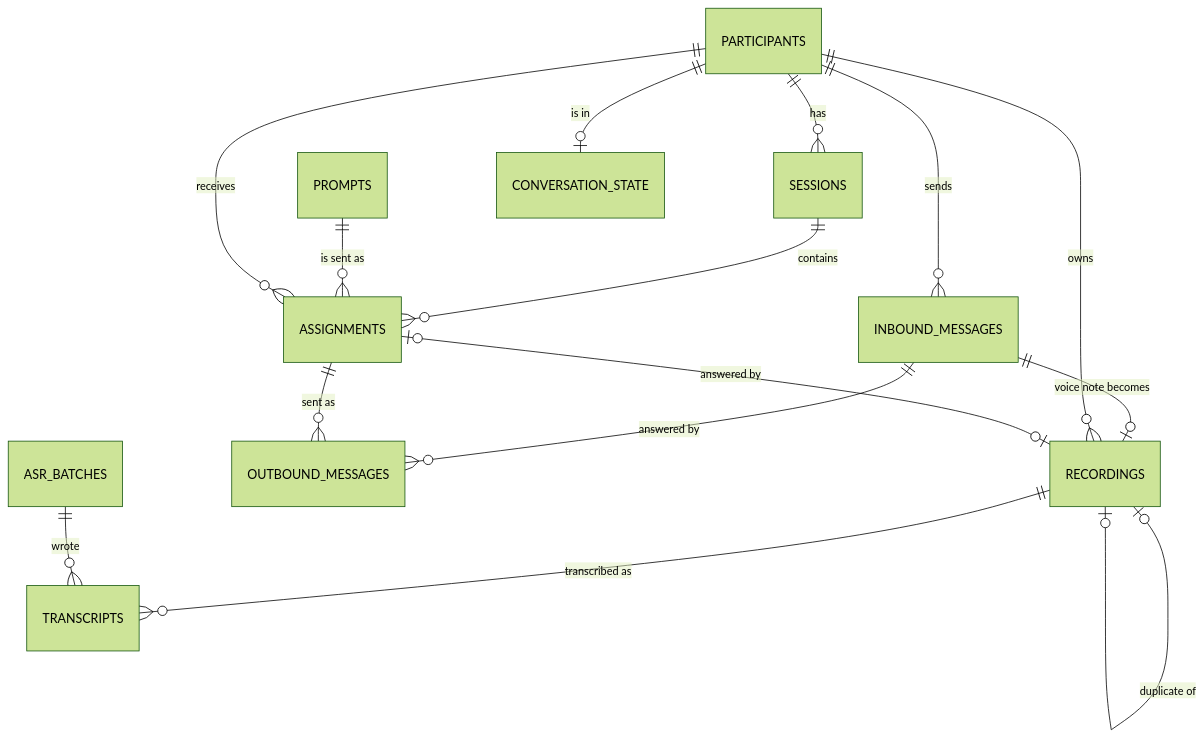
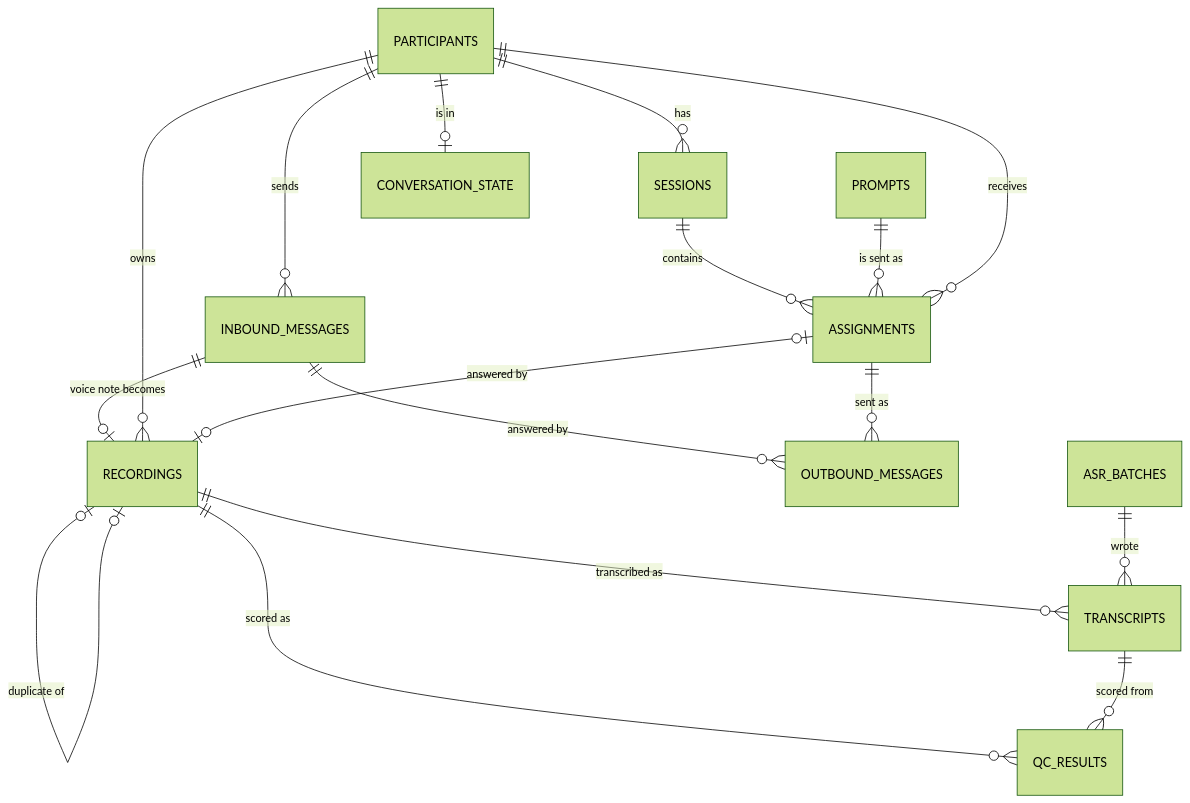
Before and after one commit to dmatekenya/whatsapp-speech-collector: the diagram in docs/architecture/database.md, drawn with Mermaid (forest theme). The commit also changed other lines of this file and 31 other files, not shown here.

````diff
--- a/docs/architecture/database.md
+++ b/docs/architecture/database.md
@@ -31,17 +32,19 @@
 ```mermaid
 erDiagram
   PARTICIPANTS ||--o{ INBOUND_MESSAGES : sends
   INBOUND_MESSAGES ||--o| RECORDINGS : "voice note becomes"
   PARTICIPANTS ||--o{ RECORDINGS : owns
   PARTICIPANTS ||--o{ SESSIONS : has
   SESSIONS ||--o{ ASSIGNMENTS : contains
   PROMPTS ||--o{ ASSIGNMENTS : "is sent as"
   PARTICIPANTS ||--o{ ASSIGNMENTS : receives
   ASSIGNMENTS |o--o| RECORDINGS : "answered by"
   RECORDINGS |o--o| RECORDINGS : "duplicate of"
   PARTICIPANTS ||--o| CONVERSATION_STATE : "is in"
   INBOUND_MESSAGES ||--o{ OUTBOUND_MESSAGES : "answered by"
   ASSIGNMENTS ||--o{ OUTBOUND_MESSAGES : "sent as"
   RECORDINGS ||--o{ TRANSCRIPTS : "transcribed as"
   ASR_BATCHES ||--o{ TRANSCRIPTS : wrote
+  RECORDINGS ||--o{ QC_RESULTS : "scored as"
+  TRANSCRIPTS ||--o{ QC_RESULTS : "scored from"
 ```
````
